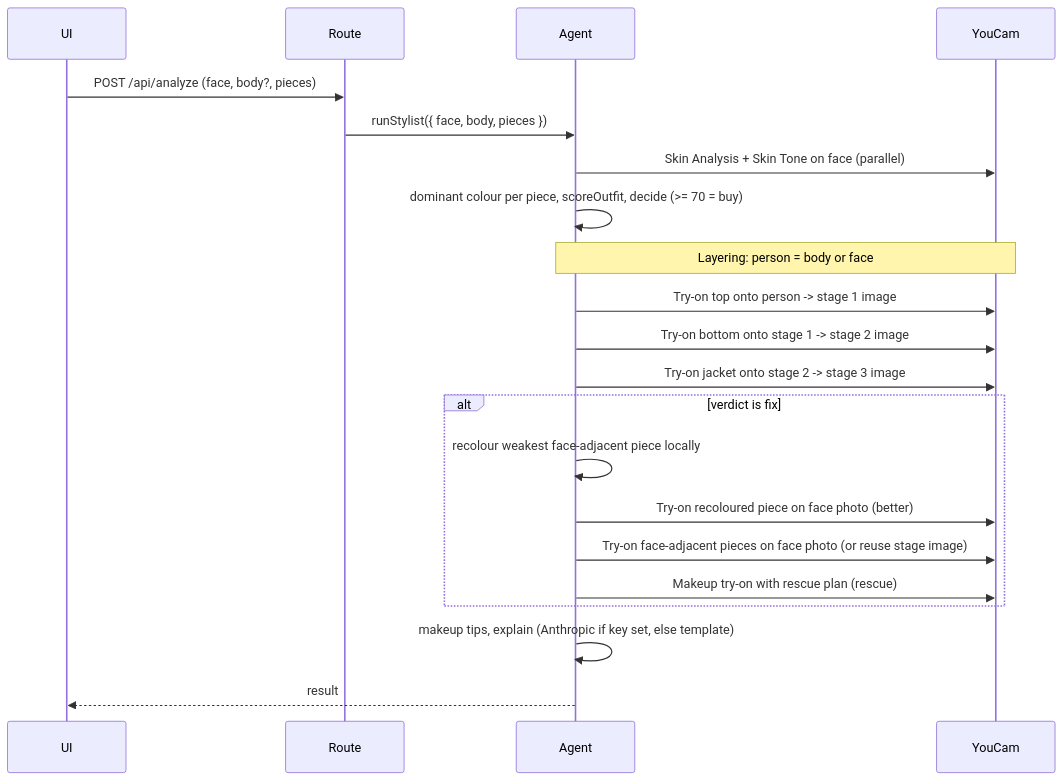
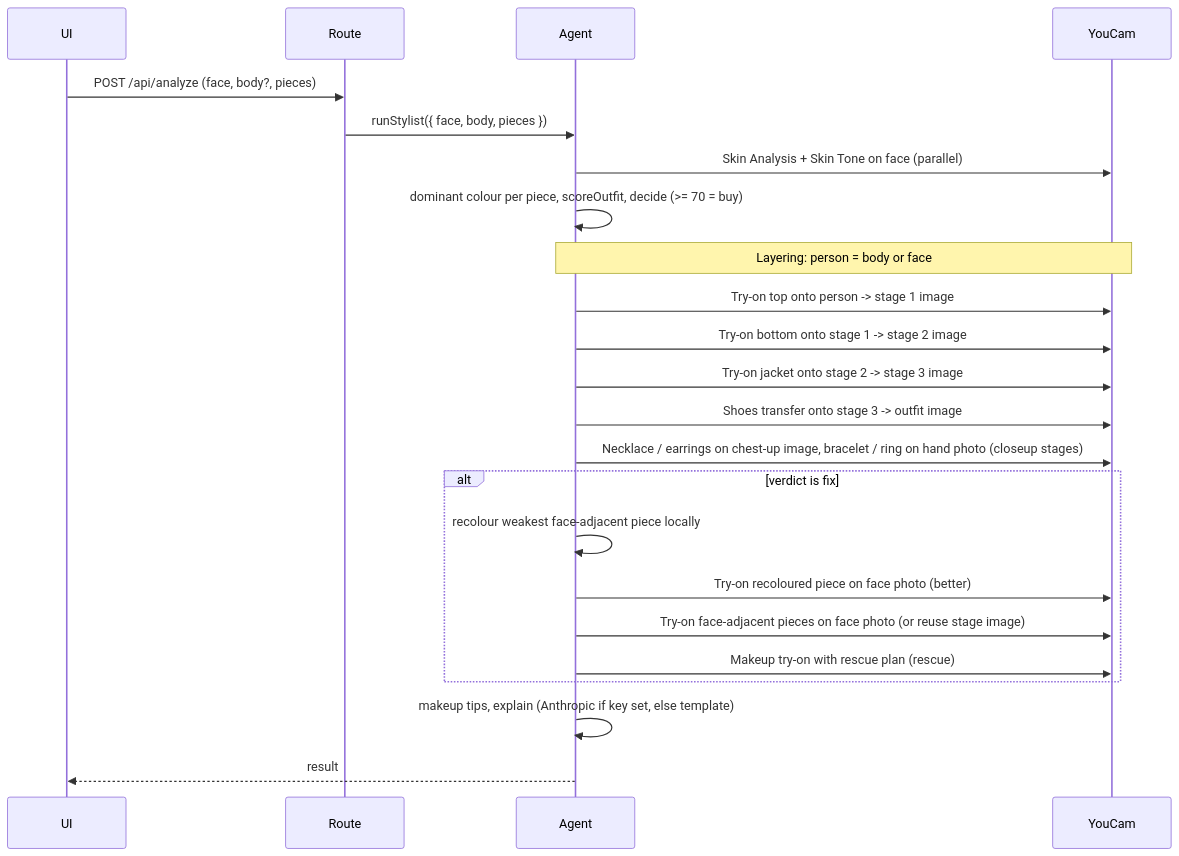
One commit to kunal-motwani/lowkey changed the second of 2 diagrams in docs/ARCHITECTURE.md. Above: the diagram before and after it, drawn with Mermaid. The commit also changed other lines of this file and 57 other files, not shown here.

First line of the commit message:
Add shoes, jewellery, hand photo checks and generative background music

````diff
--- a/docs/ARCHITECTURE.md
+++ b/docs/ARCHITECTURE.md
@@ -36,23 +36,25 @@
 ```mermaid
 sequenceDiagram
   participant UI
   participant Route
   participant Agent
   participant YouCam
   UI->>Route: POST /api/analyze (face, body?, pieces)
   Route->>Agent: runStylist({ face, body, pieces })
   Agent->>YouCam: Skin Analysis + Skin Tone on face (parallel)
   Agent->>Agent: dominant colour per piece, scoreOutfit, decide (>= 70 = buy)
   Note over Agent,YouCam: Layering: person = body or face
   Agent->>YouCam: Try-on top onto person -> stage 1 image
   Agent->>YouCam: Try-on bottom onto stage 1 -> stage 2 image
   Agent->>YouCam: Try-on jacket onto stage 2 -> stage 3 image
+  Agent->>YouCam: Shoes transfer onto stage 3 -> outfit image
+  Agent->>YouCam: Necklace / earrings on chest-up image, bracelet / ring on hand photo (closeup stages)
   alt verdict is fix
     Agent->>Agent: recolour weakest face-adjacent piece locally
     Agent->>YouCam: Try-on recoloured piece on face photo (better)
     Agent->>YouCam: Try-on face-adjacent pieces on face photo (or reuse stage image)
     Agent->>YouCam: Makeup try-on with rescue plan (rescue)
   end
   Agent->>Agent: makeup tips, explain (Anthropic if key set, else template)
   Agent-->>UI: result
 ```
````
